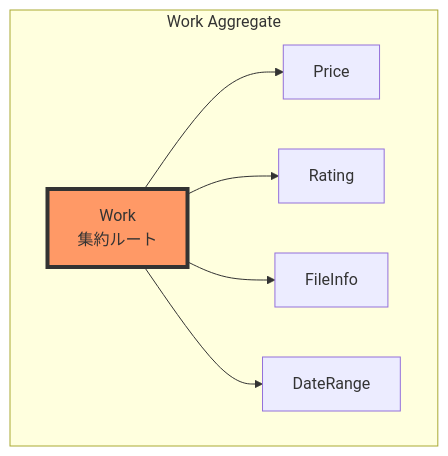
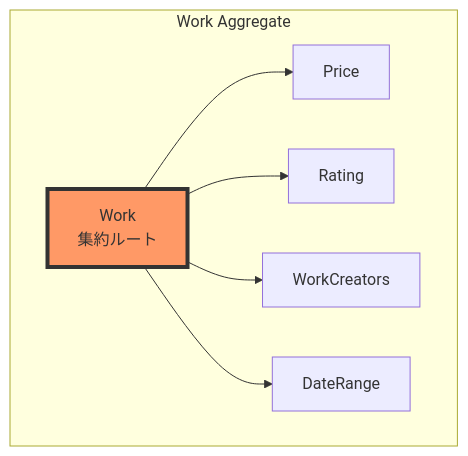
Before and after one commit to nothink-jp/suzumina.click: diagram 12 of 16 in docs/DOMAIN_MODEL.md, drawn with Mermaid. The commit also changed other lines of this file and 8 other files, not shown here.

````diff
--- a/docs/DOMAIN_MODEL.md
+++ b/docs/DOMAIN_MODEL.md
@@ -452,17 +472,17 @@
 ```mermaid
 graph TB
     subgraph "Work Aggregate"
         Work[Work<br/>集約ルート]
         Price[Price]
         Rating[Rating]
-        FileInfo[FileInfo]
+        WorkCreators[WorkCreators]
         DateRange[DateRange]
         
         Work --> Price
         Work --> Rating
-        Work --> FileInfo
+        Work --> WorkCreators
         Work --> DateRange
     end
     
     style Work fill:#f96,stroke:#333,stroke-width:4px
 ```
````
